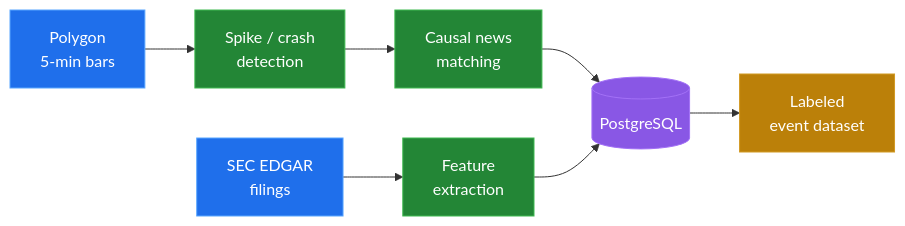
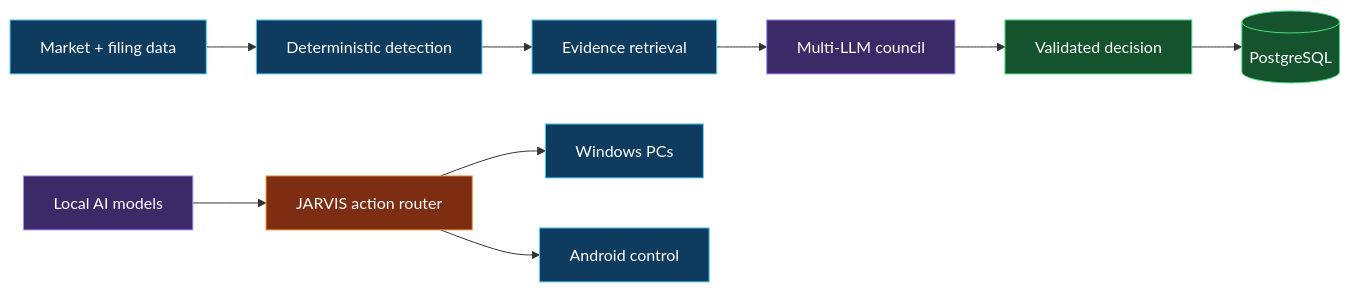
The diagram in README.md (IZAQ18/IZAQ18), drawn with Mermaid before and after one commit. The commit also changed other lines of this file, not shown here.

````diff
--- a/README.md
+++ b/README.md
@@ -25,17 +65,22 @@
 ```mermaid
 flowchart LR
-    A[Polygon<br/>5-min bars] --> B[Spike / crash<br/>detection]
-    B --> C[Causal news<br/>matching]
-    D[SEC EDGAR<br/>filings] --> E[Feature<br/>extraction]
-    C --> F[(PostgreSQL)]
-    E --> F
-    F --> G[Labeled<br/>event dataset]
+    A[Market + filing data] --> B[Deterministic detection]
+    B --> C[Evidence retrieval]
+    C --> D[Multi-LLM council]
+    D --> E[Validated decision]
+    E --> F[(PostgreSQL)]
+    G[Local AI models] --> H[JARVIS action router]
+    H --> I[Windows PCs]
+    H --> J[Android control]
 
-    style A fill:#1f6feb,stroke:#58a6ff,color:#fff
-    style D fill:#1f6feb,stroke:#58a6ff,color:#fff
-    style B fill:#238636,stroke:#3fb950,color:#fff
-    style C fill:#238636,stroke:#3fb950,color:#fff
-    style E fill:#238636,stroke:#3fb950,color:#fff
-    style F fill:#8957e5,stroke:#a371f7,color:#fff
-    style G fill:#bb8009,stroke:#d29922,color:#fff
+    style A fill:#0f3b5f,stroke:#4fd1ff,color:#fff
+    style B fill:#0f3b5f,stroke:#4fd1ff,color:#fff
+    style C fill:#0f3b5f,stroke:#4fd1ff,color:#fff
+    style D fill:#3b2a68,stroke:#a78bfa,color:#fff
+    style E fill:#14532d,stroke:#4ade80,color:#fff
+    style F fill:#14532d,stroke:#4ade80,color:#fff
+    style G fill:#3b2a68,stroke:#a78bfa,color:#fff
+    style H fill:#7c2d12,stroke:#fb923c,color:#fff
+    style I fill:#0f3b5f,stroke:#4fd1ff,color:#fff
+    style J fill:#0f3b5f,stroke:#4fd1ff,color:#fff
 ```
````
